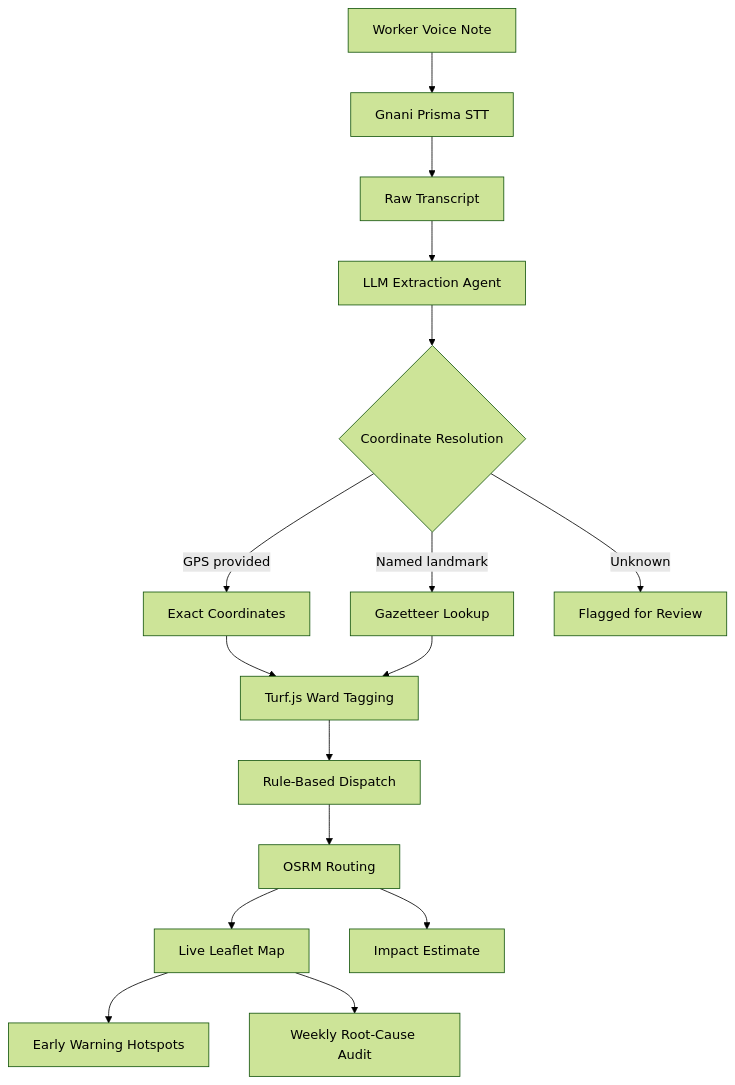
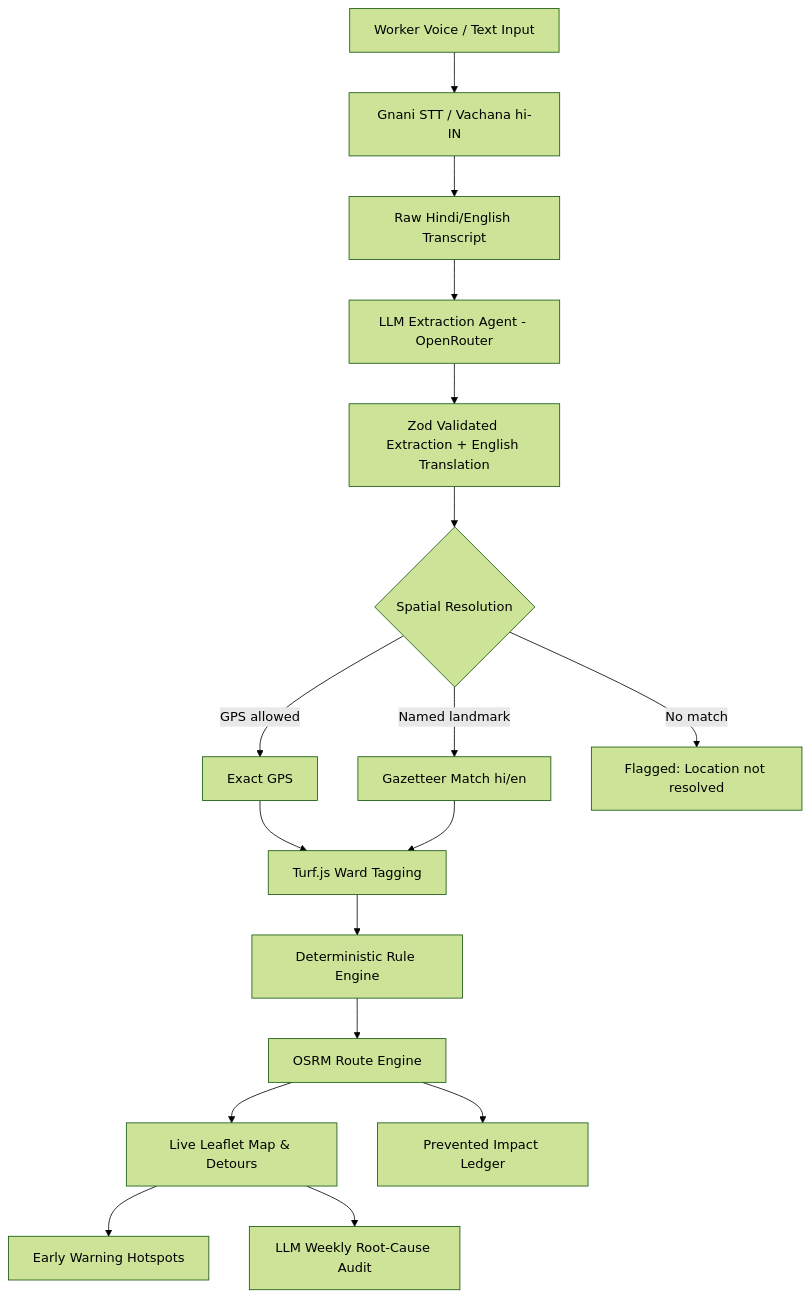
The diagram in README.md (kaizen105/Garbage_unstop_project), drawn with Mermaid (forest theme) before and after one commit. The commit also changed other lines of this file, not shown here.

Commit message:
docs: write honest, grounded README with live deployment link and clear scope declarations

````diff
--- a/README.md
+++ b/README.md
@@ -25,23 +67,25 @@
 ```mermaid
 flowchart TD
-    Voice[Worker Voice Note] --> STT[Gnani Prisma STT]
-    STT --> Transcript[Raw Transcript]
-    Transcript --> LLM[LLM Extraction Agent]
+    Voice[Worker Voice / Text Input] --> STT[Gnani STT / Vachana hi-IN]
+    STT --> Transcript[Raw Hindi/English Transcript]
+    Transcript --> LLM[LLM Extraction Agent - OpenRouter]
     
-    LLM --> CoordMatch{Coordinate Resolution}
-    CoordMatch -->|GPS provided| GeoGPS[Exact Coordinates]
-    CoordMatch -->|Named landmark| Gazetteer[Gazetteer Lookup]
-    CoordMatch -->|Unknown| NullLocation[Flagged for Review]
+    LLM --> Schema[Zod Validated Extraction + English Translation]
+    Schema --> LocMatch{Spatial Resolution}
     
-    GeoGPS --> WardTag[Turf.js Ward Tagging]
-    Gazetteer --> WardTag
+    LocMatch -->|GPS allowed| Coords[Exact GPS]
+    LocMatch -->|Named landmark| Gazetteer[Gazetteer Match hi/en]
+    LocMatch -->|No match| Unresolved[Flagged: Location not resolved]
     
-    WardTag --> Dispatch[Rule-Based Dispatch]
-    Dispatch --> Routing[OSRM Routing]
+    Coords --> Ward[Turf.js Ward Tagging]
+    Gazetteer --> Ward
     
-    Routing --> Dashboard[Live Leaflet Map]
-    Routing --> Finance[Impact Estimate]
+    Ward --> DispatchRules[Deterministic Rule Engine]
+    DispatchRules --> RouteAPI[OSRM Route Engine]
     
-    Dashboard --> EarlyWarning[Early Warning Hotspots]
-    Dashboard --> Audit[Weekly Root-Cause Audit]
+    RouteAPI --> LeafletMap[Live Leaflet Map & Detours]
+    RouteAPI --> ImpactLedger[Prevented Impact Ledger]
+    
+    LeafletMap --> HotspotPanel[Early Warning Hotspots]
+    LeafletMap --> WeeklyAudit[LLM Weekly Root-Cause Audit]
 ```
````
